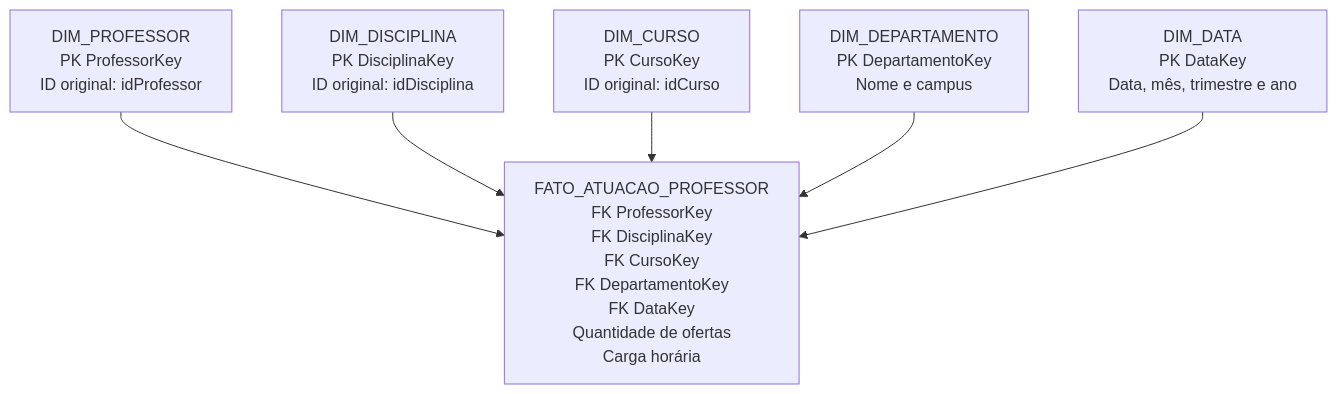
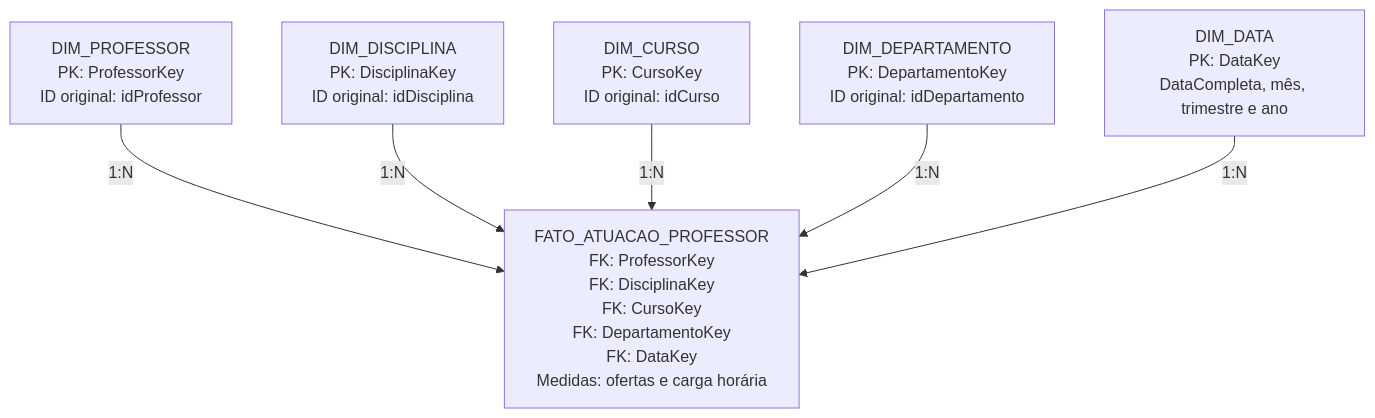
One commit to infpombo-gif/dio-star-schema-professores-power-bi changed the diagram in documentacao/diagrama_star_schema.mmd. Above: the diagram before and after it, drawn with Mermaid.

Commit message:
Refine star schema diagram with key annotations

```diff
--- a/documentacao/diagrama_star_schema.mmd
+++ b/documentacao/diagrama_star_schema.mmd
@@ -1,14 +1,14 @@
 flowchart TB
-    PROF["DIM_PROFESSOR<br/>PK ProfessorKey<br/>ID original: idProfessor"]
-    DISC["DIM_DISCIPLINA<br/>PK DisciplinaKey<br/>ID original: idDisciplina"]
-    CURSO["DIM_CURSO<br/>PK CursoKey<br/>ID original: idCurso"]
-    DEP["DIM_DEPARTAMENTO<br/>PK DepartamentoKey<br/>Nome e campus"]
-    DATA["DIM_DATA<br/>PK DataKey<br/>Data, mês, trimestre e ano"]
+    PROF["DIM_PROFESSOR<br/>PK: ProfessorKey<br/>ID original: idProfessor"]
+    DISC["DIM_DISCIPLINA<br/>PK: DisciplinaKey<br/>ID original: idDisciplina"]
+    CURSO["DIM_CURSO<br/>PK: CursoKey<br/>ID original: idCurso"]
+    DEP["DIM_DEPARTAMENTO<br/>PK: DepartamentoKey<br/>ID original: idDepartamento"]
+    DATA["DIM_DATA<br/>PK: DataKey<br/>DataCompleta, mês, trimestre e ano"]
 
-    FATO["FATO_ATUACAO_PROFESSOR<br/>FK ProfessorKey<br/>FK DisciplinaKey<br/>FK CursoKey<br/>FK DepartamentoKey<br/>FK DataKey<br/>Quantidade de ofertas<br/>Carga horária"]
+    FATO["FATO_ATUACAO_PROFESSOR<br/>FK: ProfessorKey<br/>FK: DisciplinaKey<br/>FK: CursoKey<br/>FK: DepartamentoKey<br/>FK: DataKey<br/>Medidas: ofertas e carga horária"]
 
-    PROF --> FATO
-    DISC --> FATO
-    CURSO --> FATO
-    DEP --> FATO
-    DATA --> FATO
+    PROF -->|"1:N"| FATO
+    DISC -->|"1:N"| FATO
+    CURSO -->|"1:N"| FATO
+    DEP -->|"1:N"| FATO
+    DATA -->|"1:N"| FATO
```
